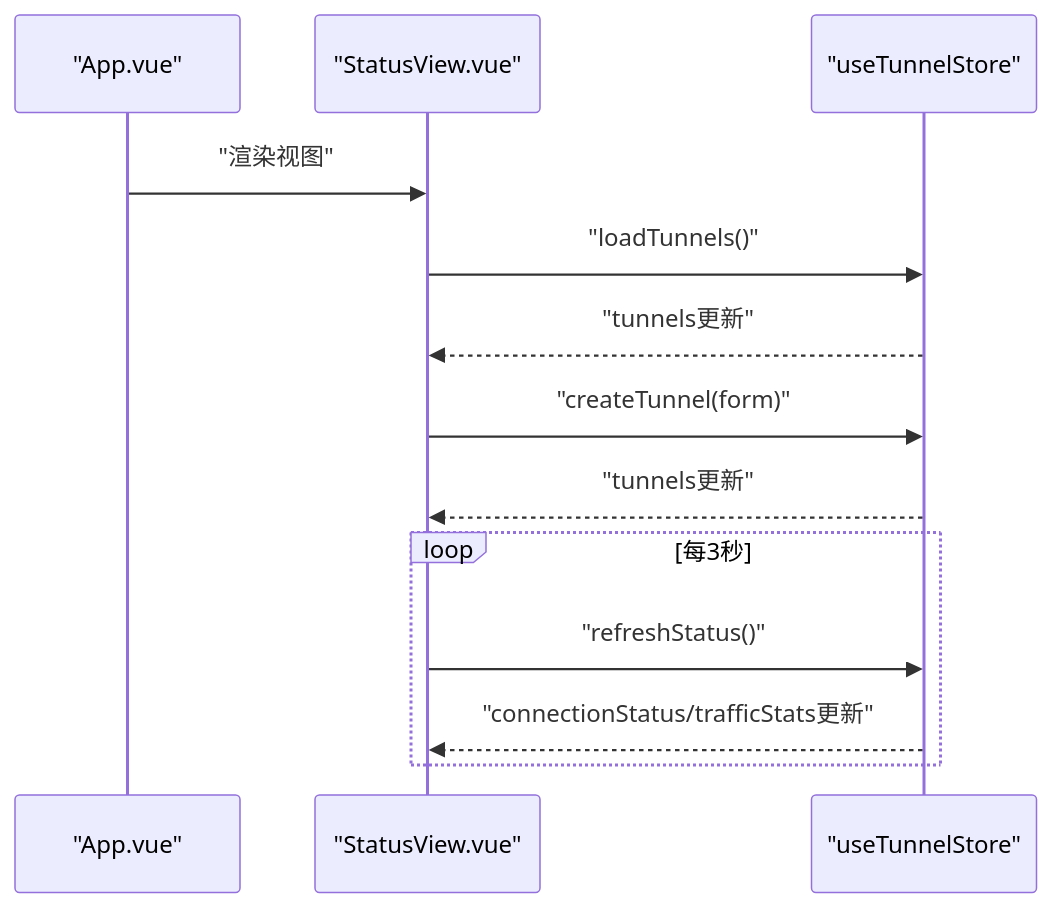
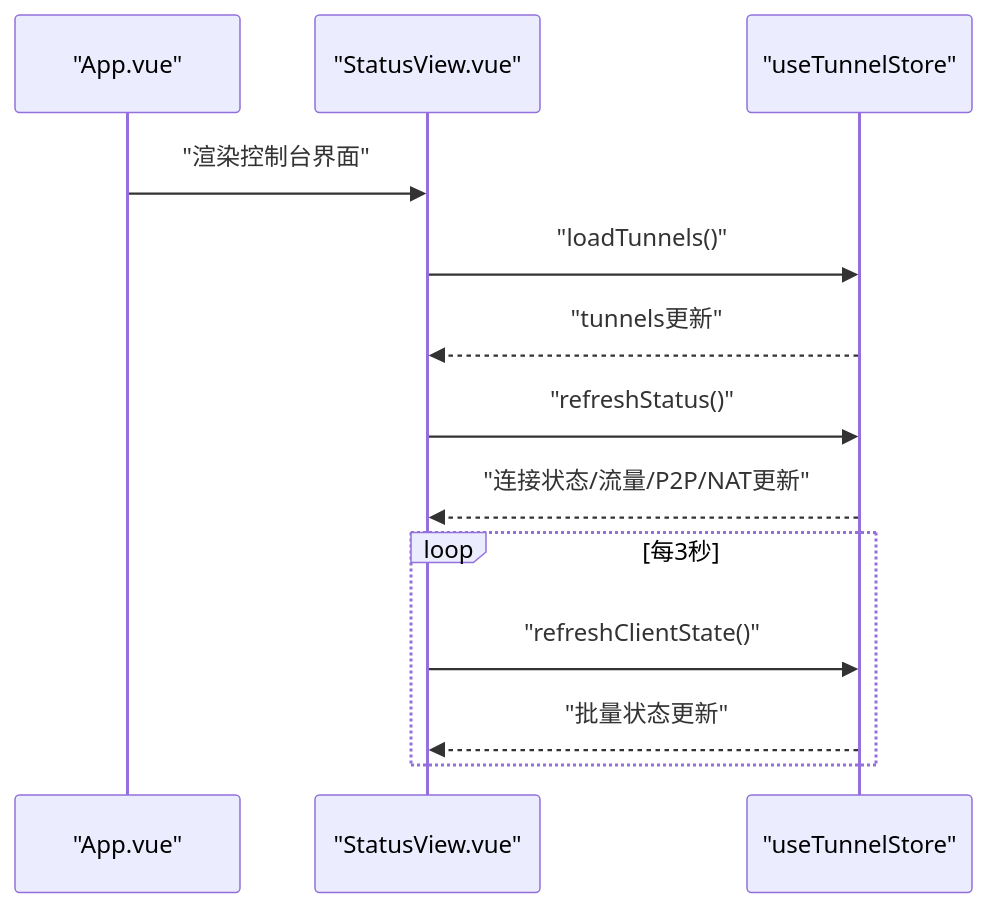
One commit to itsharex/NexTunnel changed the fifth of 7 diagrams in .qoder/repowiki/zh/content/桌面端应用/前端界面系统.md. Above: the diagram before and after it, drawn with Mermaid. The commit also changed other lines of this file and 32 other files, not shown here.

````diff
--- a/.qoder/repowiki/zh/content/桌面端应用/前端界面系统.md
+++ b/.qoder/repowiki/zh/content/桌面端应用/前端界面系统.md
@@ -164,15 +224,15 @@
 ```mermaid
 sequenceDiagram
 participant App as "App.vue"
 participant View as "StatusView.vue"
 participant Store as "useTunnelStore"
-App->>View : "渲染视图"
+App->>View : "渲染控制台界面"
 View->>Store : "loadTunnels()"
 Store-->>View : "tunnels更新"
-View->>Store : "createTunnel(form)"
-Store-->>View : "tunnels更新"
+View->>Store : "refreshStatus()"
+Store-->>View : "连接状态/流量/P2P/NAT更新"
 loop 每3秒
-View->>Store : "refreshStatus()"
-Store-->>View : "connectionStatus/trafficStats更新"
+View->>Store : "refreshClientState()"
+Store-->>View : "批量状态更新"
 end
 ```
````
